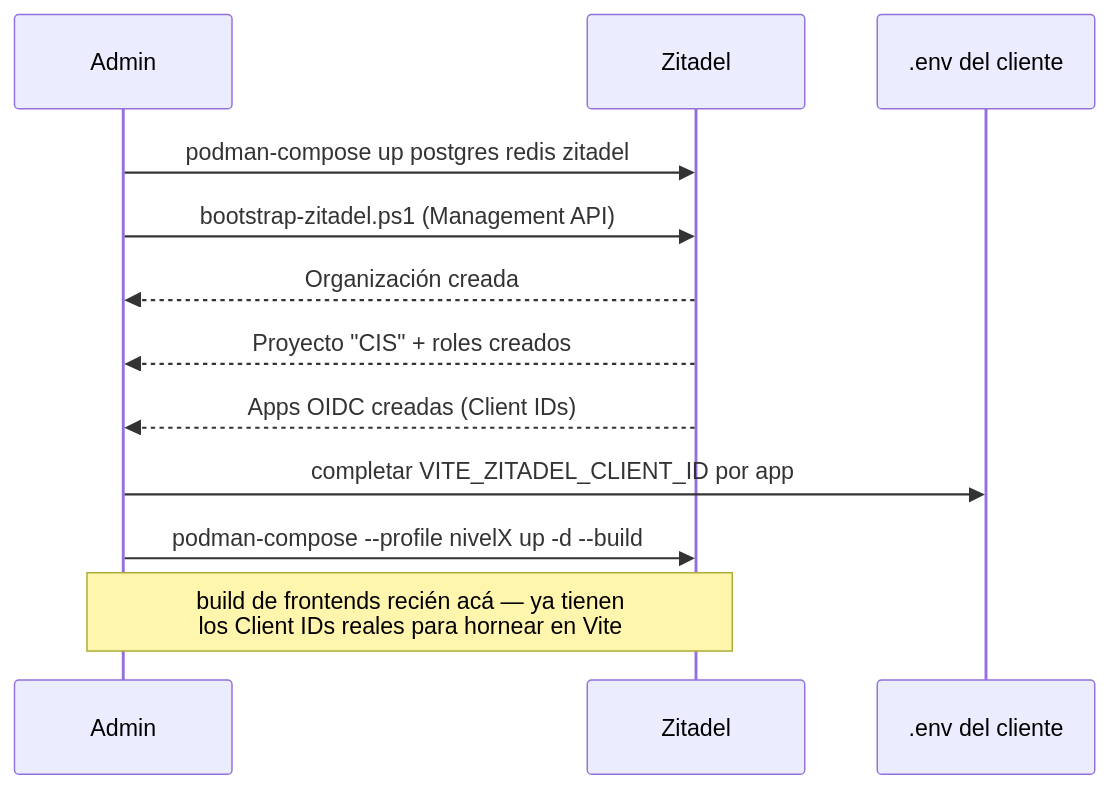
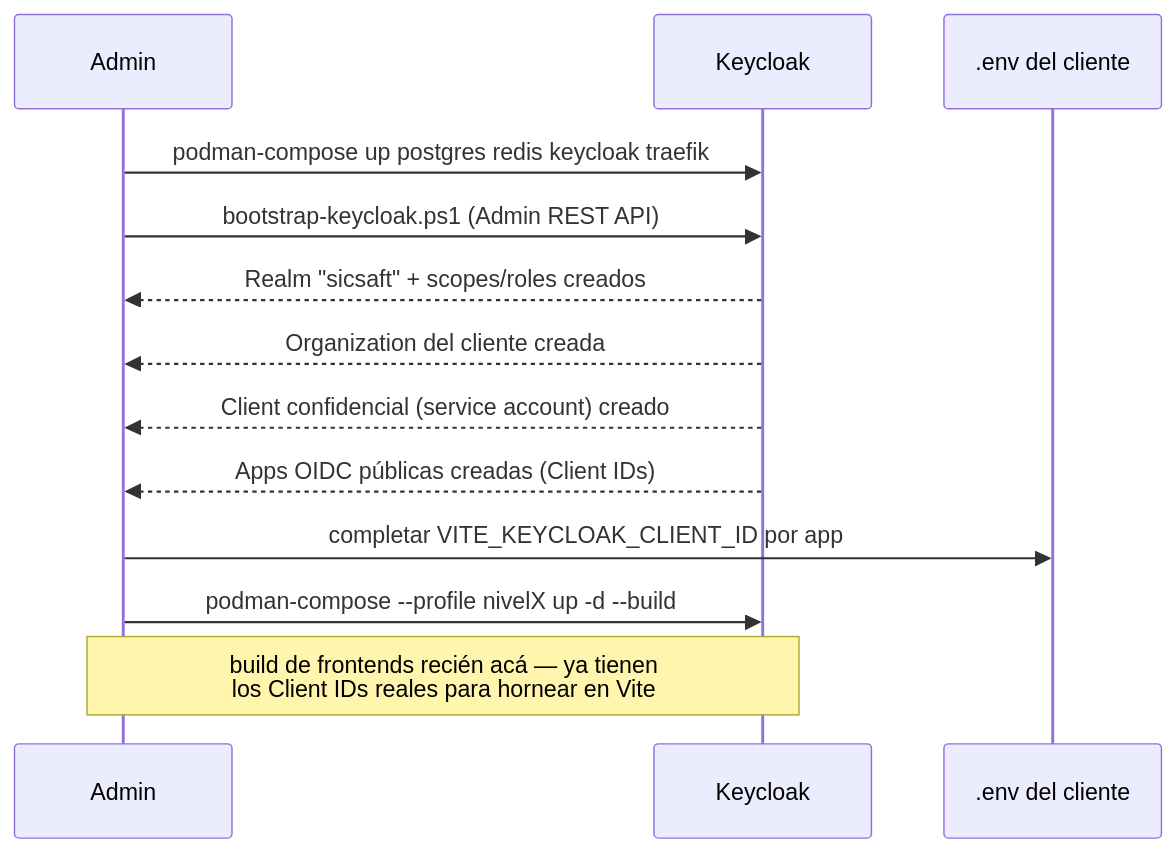
One commit to jhonabruzzi278/SICSAFT changed the second of 2 diagrams in aidlc-docs/devops/design-artifacts/ARCHITECTURE.md. Above: the diagram before and after it, drawn with Mermaid. The commit also changed other lines of this file and 22 other files, not shown here.

First line of the commit message:
feat(devops): ADR-004 Fase 3 — Keycloak reemplaza a Zitadel en devops/onprem/

````diff
--- a/aidlc-docs/devops/design-artifacts/ARCHITECTURE.md
+++ b/aidlc-docs/devops/design-artifacts/ARCHITECTURE.md
@@ -87,15 +88,16 @@
 ```mermaid
 sequenceDiagram
     participant Admin
-    participant Zitadel
+    participant Keycloak
     participant Env as .env del cliente
 
-    Admin->>Zitadel: podman-compose up postgres redis zitadel
-    Admin->>Zitadel: bootstrap-zitadel.ps1 (Management API)
-    Zitadel-->>Admin: Organización creada
-    Zitadel-->>Admin: Proyecto "CIS" + roles creados
-    Zitadel-->>Admin: Apps OIDC creadas (Client IDs)
-    Admin->>Env: completar VITE_ZITADEL_CLIENT_ID por app
-    Admin->>Zitadel: podman-compose --profile nivelX up -d --build
-    Note over Admin,Zitadel: build de frontends recién acá — ya tienen<br/>los Client IDs reales para hornear en Vite
+    Admin->>Keycloak: podman-compose up postgres redis keycloak traefik
+    Admin->>Keycloak: bootstrap-keycloak.ps1 (Admin REST API)
+    Keycloak-->>Admin: Realm "sicsaft" + scopes/roles creados
+    Keycloak-->>Admin: Organization del cliente creada
+    Keycloak-->>Admin: Client confidencial (service account) creado
+    Keycloak-->>Admin: Apps OIDC públicas creadas (Client IDs)
+    Admin->>Env: completar VITE_KEYCLOAK_CLIENT_ID por app
+    Admin->>Keycloak: podman-compose --profile nivelX up -d --build
+    Note over Admin,Keycloak: build de frontends recién acá — ya tienen<br/>los Client IDs reales para hornear en Vite
 ```
````
